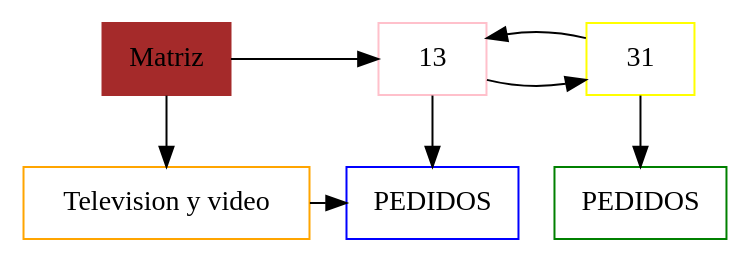
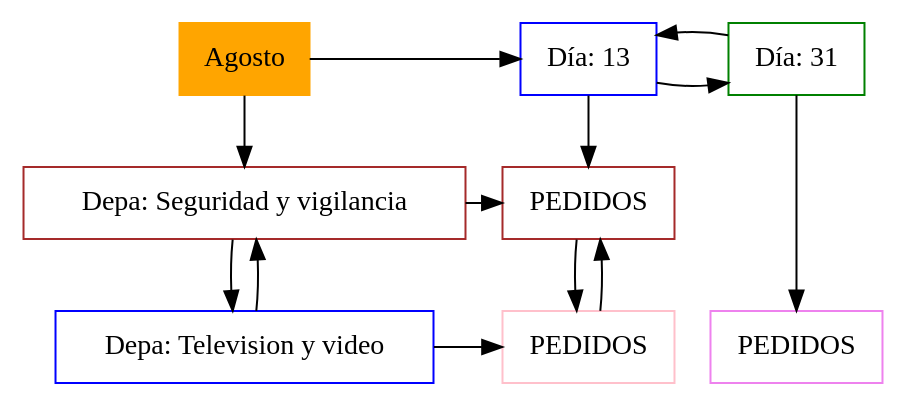
The diagram in cliente/src/ImagenMatriz/Matriz.dot (Daniel-Chicas/EDD_VirtualMall_201807079), drawn with Graphviz before and after one commit. The commit also changed 16 other files, not shown here.

```diff
--- a/cliente/src/ImagenMatriz/Matriz.dot
+++ b/cliente/src/ImagenMatriz/Matriz.dot
@@ -1,20 +1,28 @@
 digraph Daniel20208{
 node[shape=box];
-MT[label="Matriz", style = filled, color=brown, group = 1];
+MT[label="Agosto", style = filled, color=orange, group = 1];
 e0[shape = point, width = 0];
 e0[shape = point, width = 0];
-node0xc000089130[color=orange, label="Television y video", group = 1];
-MT->node0xc000089130;
-node0xc000089180[color=pink, label="13", group = 2];
-MT->node0xc000089180;
-node0xc000089180->node0xc0000891d0;
-node0xc0000891d0[color=yellow, label="31", group = 3];
-node0xc0000891d0->node0xc000089180;
-{rank = same;MT;node0xc000089180;node0xc0000891d0;}
-node0xc0000b9218[color=blue, label="PEDIDOS", group = 2];
-node0xc000089180->node0xc0000b9218;
-node0xc0000b94d8[color=green, label="PEDIDOS", group = 3];
-node0xc0000891d0->node0xc0000b94d8;
-node0xc000089130->node0xc0000b9218;
-{rank = same;node0xc000089130;node0xc0000b9218;node0xc0000b94d8;}
+node0xc000043ea0[color=brown, label="Depa: Seguridad y vigilancia", group = 1];
+MT->node0xc000043ea0;
+node0xc000043ea0->node0xc0001be0a0;
+node0xc0001be0a0[color=blue, label="Depa: Television y video", group = 1];
+node0xc0001be0a0->node0xc000043ea0;
+node0xc000043ef0[color=blue, label="Día: 13", group = 2];
+MT->node0xc000043ef0;
+node0xc000043ef0->node0xc0001be0f0;
+node0xc0001be0f0[color=green, label="Día: 31", group = 3];
+node0xc0001be0f0->node0xc000043ef0;
+{rank = same;MT;node0xc000043ef0;node0xc0001be0f0;}
+node0xc0000670b8[color=brown, label="PEDIDOS", group = 2];
+node0xc000043ef0->node0xc0000670b8;
+node0xc000067798[color=pink, label="PEDIDOS", group = 2];
+node0xc0000670b8->node0xc000067798;
+node0xc000067798->node0xc0000670b8;
+node0xc000067a58[color=violet, label="PEDIDOS", group = 3];
+node0xc0001be0f0->node0xc000067a58;
+node0xc000043ea0->node0xc0000670b8;
+{rank = same;node0xc000043ea0;node0xc0000670b8;}
+node0xc0001be0a0->node0xc000067798;
+{rank = same;node0xc0001be0a0;node0xc000067798;node0xc000067a58;}
 }
```
